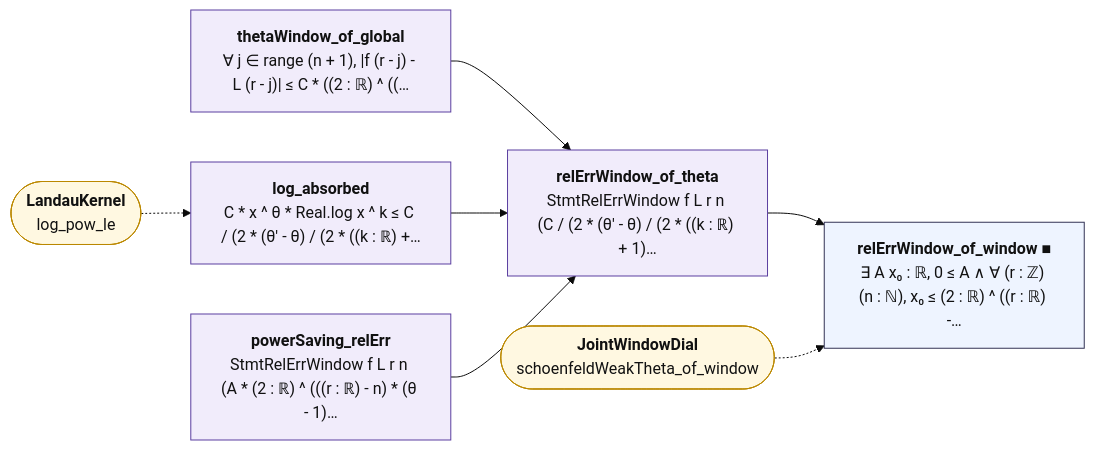
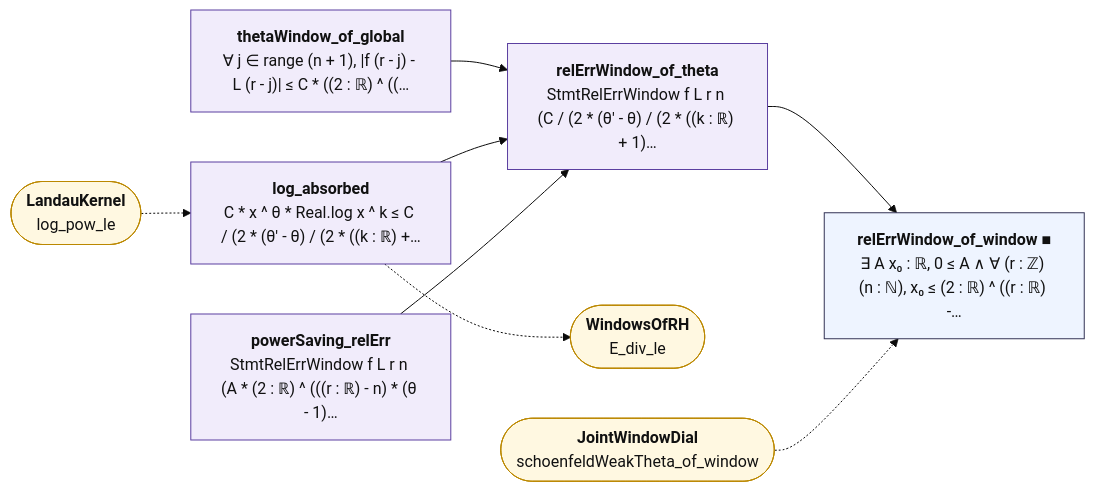
One commit to juliansambranojr/Primebeat_081426 changed the diagram in map/lean_stage3/JointDialGate.md. Above: the diagram before and after it, drawn with Mermaid (base theme). The commit also changed other lines of this file and 30 other files, not shown here.

````diff
--- a/map/lean_stage3/JointDialGate.md
+++ b/map/lean_stage3/JointDialGate.md
@@ -12,24 +12,26 @@
 ```mermaid
 flowchart LR
   n0["<b>thetaWindow_of_global</b><br/>∀ j ∈ range (n + 1), |f (r - j) - L (r - j)| ≤ C * ((2 : ℝ) ^ ((…"]:::shp
   n1["<b>log_absorbed</b><br/>C * x ^ θ * Real.log x ^ k ≤ C / (2 * (θ' - θ) / (2 * ((k : ℝ) +…"]:::shp
   n2["<b>powerSaving_relErr</b><br/>StmtRelErrWindow f L r n (A * (2 : ℝ) ^ (((r : ℝ) - n) * (θ - 1)…"]:::shp
   n3["<b>relErrWindow_of_theta</b><br/>StmtRelErrWindow f L r n (C / (2 * (θ' - θ) / (2 * ((k : ℝ) + 1)…"]:::shp
   n4["<b>relErrWindow_of_window ■</b><br/>∃ A x₀ : ℝ, 0 ≤ A ∧ ∀ (r : ℤ) (n : ℕ), x₀ ≤ (2 : ℝ) ^ ((r : ℝ) -…"]:::thm
   x0(["<b>LandauKernel</b><br/>log_pow_le"]):::ext
-  x1(["<b>JointWindowDial</b><br/>schoenfeldWeakTheta_of_window"]):::ext
+  x1(["<b>WindowsOfRH</b><br/>E_div_le"]):::ext
+  x2(["<b>JointWindowDial</b><br/>schoenfeldWeakTheta_of_window"]):::ext
   n0 --> n3
   n1 --> n3
   n2 --> n3
   n3 --> n4
+  n1 -.-> x1
   x0 -.-> n1
-  x1 -.-> n4
+  x2 -.-> n4
   classDef cnt fill:#dff5ec,stroke:#17694a,color:#111
   classDef shp fill:#f1ecfb,stroke:#5b3fa0,color:#111
   classDef rh fill:#ffe5e5,stroke:#c22,color:#111,stroke-width:2px
   classDef thm fill:#eef4ff,stroke:#335,color:#111
   classDef end_ fill:#e7f7e7,stroke:#2a7,color:#111,stroke-width:2px
   classDef lone fill:#fff,stroke:#999,color:#111,stroke-dasharray:4 3
   classDef bad fill:#ffe5e5,stroke:#c22,color:#111,stroke-width:2px
   classDef ext fill:#fff8e1,stroke:#b80,color:#111
 ```
````
